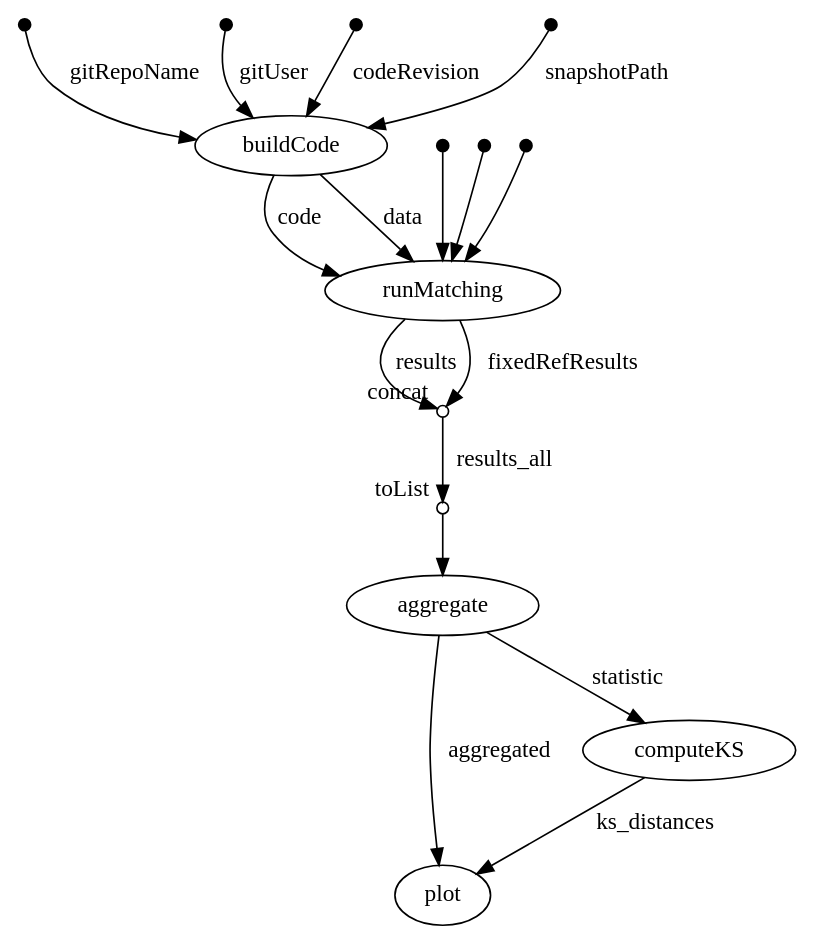
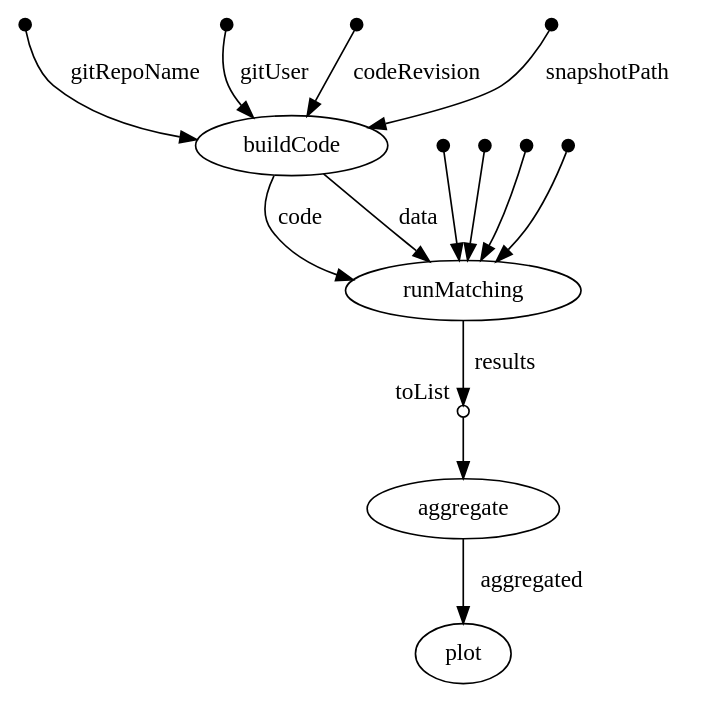
One commit to UBC-Stat-ML/bl-vpt-nextflow changed the diagram in dag.dot. Above: the diagram before and after it, drawn with Graphviz. The commit also changed 27 other files, not shown here.

```diff
--- a/dag.dot
+++ b/dag.dot
@@ -1,66 +1,54 @@
 digraph "dag" {
 p0 [shape=point,label="",fixedsize=true,width=0.1];
 p4 [label="buildCode"];
 p0 -> p4 [label="gitRepoName"];
 
 p1 [shape=point,label="",fixedsize=true,width=0.1];
 p4 [label="buildCode"];
 p1 -> p4 [label="gitUser"];
 
 p2 [shape=point,label="",fixedsize=true,width=0.1];
 p4 [label="buildCode"];
 p2 -> p4 [label="codeRevision"];
 
 p3 [shape=point,label="",fixedsize=true,width=0.1];
 p4 [label="buildCode"];
 p3 -> p4 [label="snapshotPath"];
 
 p4 [label="buildCode"];
-p8 [label="runMatching"];
-p4 -> p8 [label="code"];
+p9 [label="runMatching"];
+p4 -> p9 [label="code"];
 
 p4 [label="buildCode"];
-p8 [label="runMatching"];
-p4 -> p8 [label="data"];
+p9 [label="runMatching"];
+p4 -> p9 [label="data"];
 
 p5 [shape=point,label="",fixedsize=true,width=0.1];
-p8 [label="runMatching"];
-p5 -> p8;
+p9 [label="runMatching"];
+p5 -> p9;
 
 p6 [shape=point,label="",fixedsize=true,width=0.1];
-p8 [label="runMatching"];
-p6 -> p8;
+p9 [label="runMatching"];
+p6 -> p9;
 
 p7 [shape=point,label="",fixedsize=true,width=0.1];
-p8 [label="runMatching"];
-p7 -> p8;
+p9 [label="runMatching"];
+p7 -> p9;
 
-p8 [label="runMatching"];
-p9 [shape=circle,label="",fixedsize=true,width=0.1,xlabel="concat"];
-p8 -> p9 [label="results"];
+p8 [shape=point,label="",fixedsize=true,width=0.1];
+p9 [label="runMatching"];
+p8 -> p9;
 
-p8 [label="runMatching"];
-p9 [shape=circle,label="",fixedsize=true,width=0.1,xlabel="concat"];
-p8 -> p9 [label="fixedRefResults"];
-
-p9 [shape=circle,label="",fixedsize=true,width=0.1,xlabel="concat"];
+p9 [label="runMatching"];
 p10 [shape=circle,label="",fixedsize=true,width=0.1,xlabel="toList"];
-p9 -> p10 [label="results_all"];
+p9 -> p10 [label="results"];
 
 p10 [shape=circle,label="",fixedsize=true,width=0.1,xlabel="toList"];
 p11 [label="aggregate"];
 p10 -> p11;
 
 p11 [label="aggregate"];
-p13 [label="plot"];
-p11 -> p13 [label="aggregated"];
-
-p11 [label="aggregate"];
-p12 [label="computeKS"];
-p11 -> p12 [label="statistic"];
-
-p12 [label="computeKS"];
-p13 [label="plot"];
-p12 -> p13 [label="ks_distances"];
+p12 [label="plot"];
+p11 -> p12 [label="aggregated"];
 
 }
```
